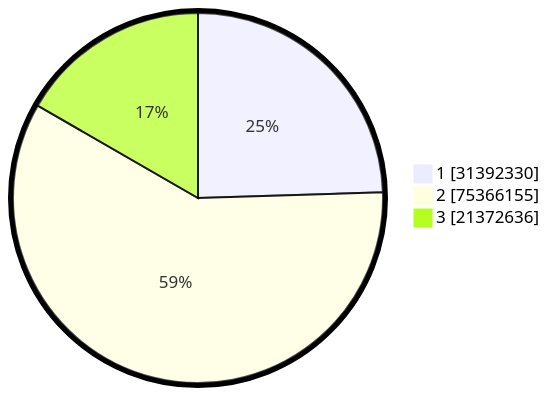
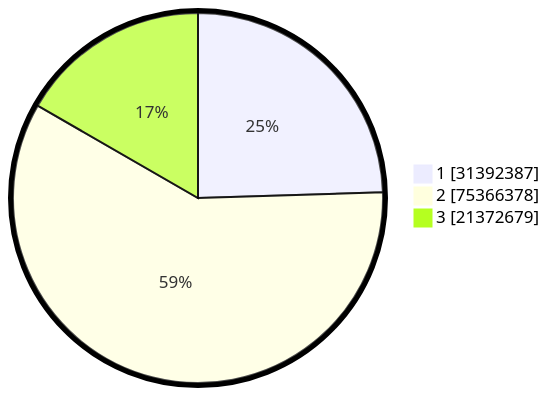
The second of 2 diagrams in pilpres/hitung-suara/README.md (gigit-pemilu/pemilu-2024), drawn with Mermaid before and after one commit. The commit also changed other lines of this file and 5 other files, not shown here.

````diff
--- a/pilpres/hitung-suara/README.md
+++ b/pilpres/hitung-suara/README.md
@@ -93,7 +93,7 @@
 ```mermaid
 %%{init: {"pie": {"textPosition": 0.5}, "themeVariables": {"pieOuterStrokeWidth": "5px"}} }%%
 pie showData
-    "1" : 31392330
-    "2" : 75366155
-    "3" : 21372636
+    "1" : 31392387
+    "2" : 75366378
+    "3" : 21372679
 ```
````
